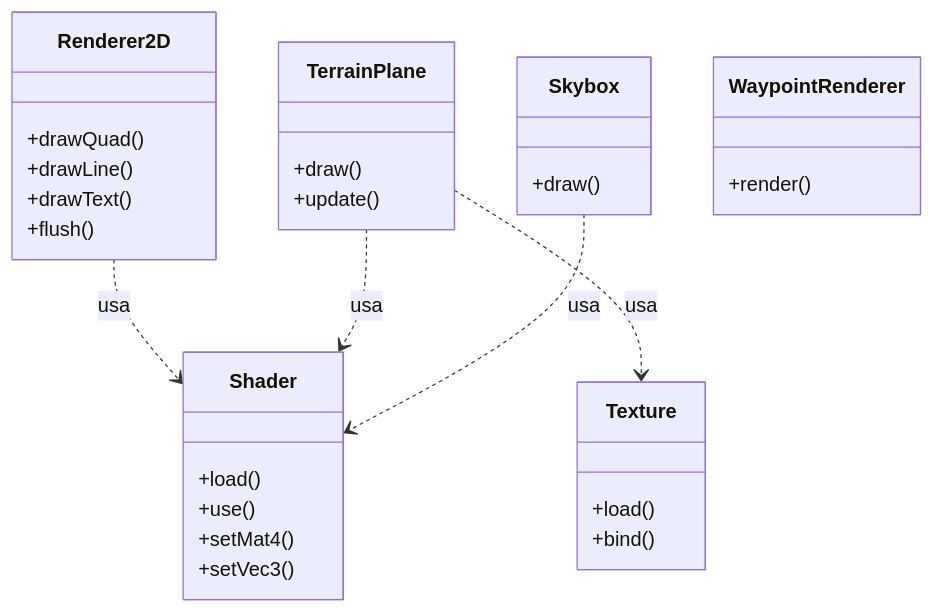
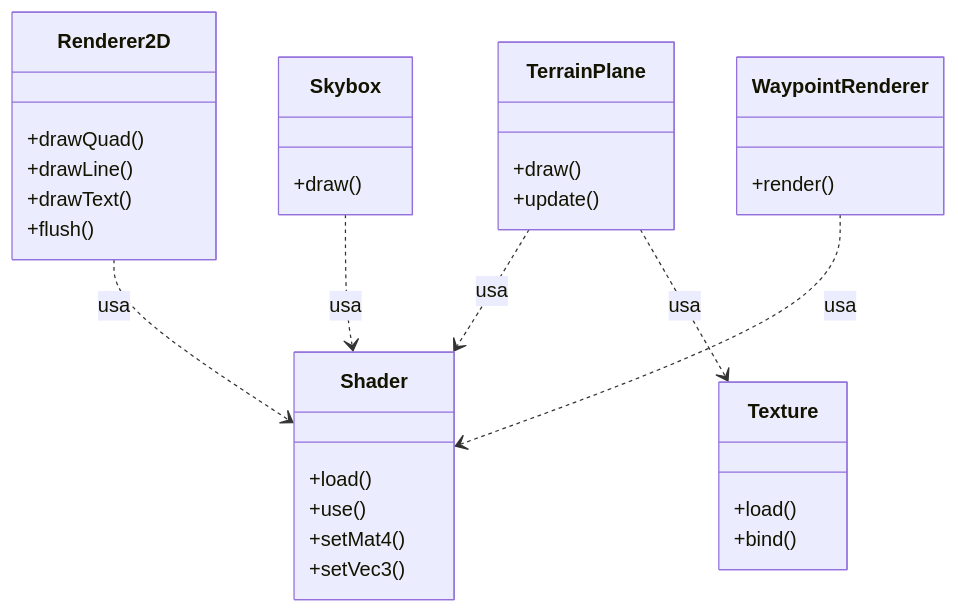
Before and after one commit to simonll4/OpenGL_flight-simulator: the diagram in docs/modules/08_graficos/motor_grafico.md, drawn with Mermaid. The commit also changed other lines of this file and 7 other files, not shown here.

````diff
--- a/docs/modules/08_graficos/motor_grafico.md
+++ b/docs/modules/08_graficos/motor_grafico.md
@@ -11,39 +11,40 @@
 ```mermaid
 classDiagram
     class Renderer2D {
         +drawQuad()
         +drawLine()
         +drawText()
         +flush()
     }
 
     class Shader {
         +load()
         +use()
         +setMat4()
         +setVec3()
     }
 
     class Texture {
         +load()
         +bind()
     }
 
     class TerrainPlane {
         +draw()
         +update()
     }
 
     class Skybox {
         +draw()
     }
 
     class WaypointRenderer {
         +render()
     }
 
     Renderer2D ..> Shader : usa
     TerrainPlane ..> Shader : usa
     TerrainPlane ..> Texture : usa
     Skybox ..> Shader : usa
+    WaypointRenderer ..> Shader : usa
 ```
````
